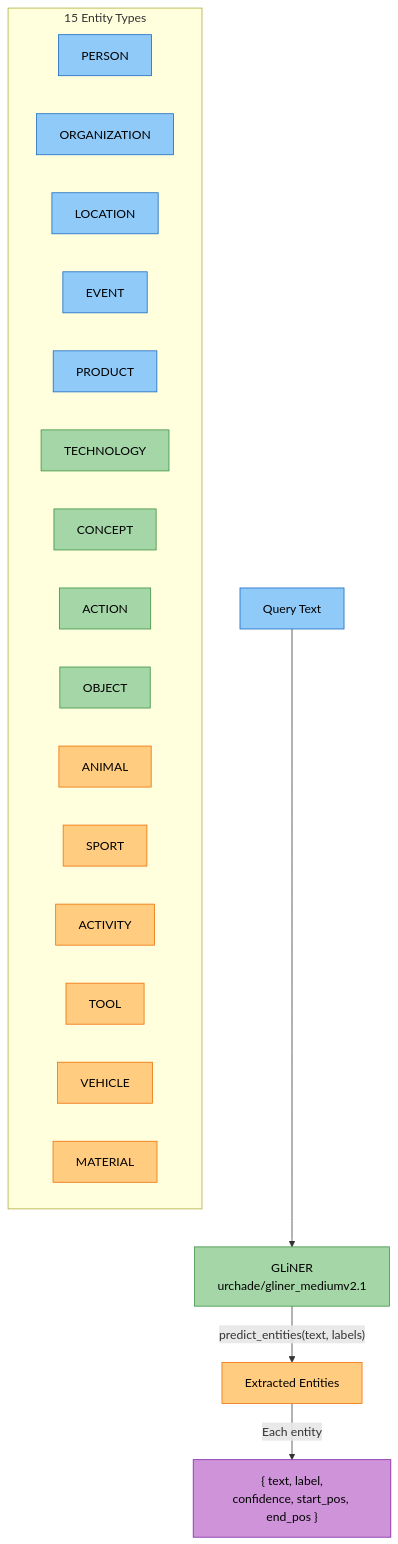
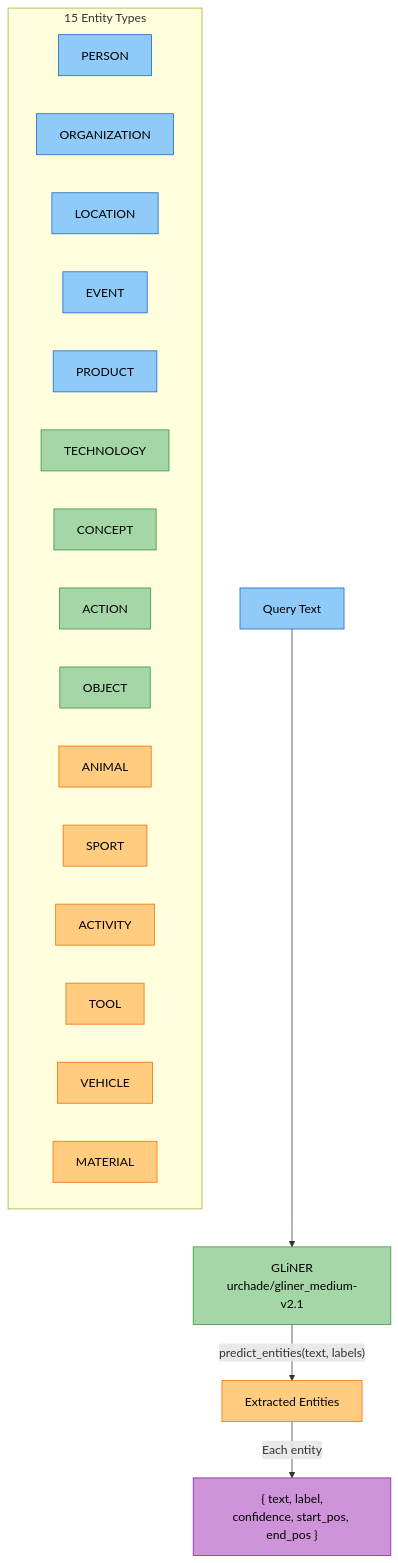
The second of 5 diagrams in docs/setup/intelligent-query-routing.md (amit-jain/cogniverse), drawn with Mermaid before and after one commit. The commit also changed 1 other file, not shown here.

Commit message:
Fix GLiNER model name and evaluator API key references in setup docs
Fix missing hyphen in GLiNER model name (gliner_mediumv2.1 →
gliner_medium-v2.1) in routing guide. Update evaluator table in live
demo guide to reference ROUTER_OPTIMIZER_TEACHER_KEY instead of
vendor-specific OpenAI API key.

````diff
--- a/docs/setup/intelligent-query-routing.md
+++ b/docs/setup/intelligent-query-routing.md
@@ -81,46 +81,46 @@
 ```mermaid
 flowchart TD
-    Q["<span style='color:#000'>Query Text</span>"] --> GLiNER["<span style='color:#000'>GLiNER<br/>urchade/gliner_mediumv2.1</span>"]
+    Q["<span style='color:#000'>Query Text</span>"] --> GLiNER["<span style='color:#000'>GLiNER<br/>urchade/gliner_medium-v2.1</span>"]
     GLiNER --> |"predict_entities(text, labels)"| E["<span style='color:#000'>Extracted Entities</span>"]
 
     subgraph "15 Entity Types"
         direction LR
         L1["<span style='color:#000'>PERSON</span>"]
         L2["<span style='color:#000'>ORGANIZATION</span>"]
         L3["<span style='color:#000'>LOCATION</span>"]
         L4["<span style='color:#000'>EVENT</span>"]
         L5["<span style='color:#000'>PRODUCT</span>"]
         L6["<span style='color:#000'>TECHNOLOGY</span>"]
         L7["<span style='color:#000'>CONCEPT</span>"]
         L8["<span style='color:#000'>ACTION</span>"]
         L9["<span style='color:#000'>OBJECT</span>"]
         L10["<span style='color:#000'>ANIMAL</span>"]
         L11["<span style='color:#000'>SPORT</span>"]
         L12["<span style='color:#000'>ACTIVITY</span>"]
         L13["<span style='color:#000'>TOOL</span>"]
         L14["<span style='color:#000'>VEHICLE</span>"]
         L15["<span style='color:#000'>MATERIAL</span>"]
     end
 
     E --> |"Each entity"| OUT["<span style='color:#000'>{ text, label,<br/>confidence, start_pos, end_pos }</span>"]
 
     style Q fill:#90caf9,stroke:#1565c0,color:#000
     style GLiNER fill:#a5d6a7,stroke:#388e3c,color:#000
     style E fill:#ffcc80,stroke:#ef6c00,color:#000
     style OUT fill:#ce93d8,stroke:#7b1fa2,color:#000
     style L1 fill:#90caf9,stroke:#1565c0,color:#000
     style L2 fill:#90caf9,stroke:#1565c0,color:#000
     style L3 fill:#90caf9,stroke:#1565c0,color:#000
     style L4 fill:#90caf9,stroke:#1565c0,color:#000
     style L5 fill:#90caf9,stroke:#1565c0,color:#000
     style L6 fill:#a5d6a7,stroke:#388e3c,color:#000
     style L7 fill:#a5d6a7,stroke:#388e3c,color:#000
     style L8 fill:#a5d6a7,stroke:#388e3c,color:#000
     style L9 fill:#a5d6a7,stroke:#388e3c,color:#000
     style L10 fill:#ffcc80,stroke:#ef6c00,color:#000
     style L11 fill:#ffcc80,stroke:#ef6c00,color:#000
     style L12 fill:#ffcc80,stroke:#ef6c00,color:#000
     style L13 fill:#ffcc80,stroke:#ef6c00,color:#000
     style L14 fill:#ffcc80,stroke:#ef6c00,color:#000
     style L15 fill:#ffcc80,stroke:#ef6c00,color:#000
 ```
````
